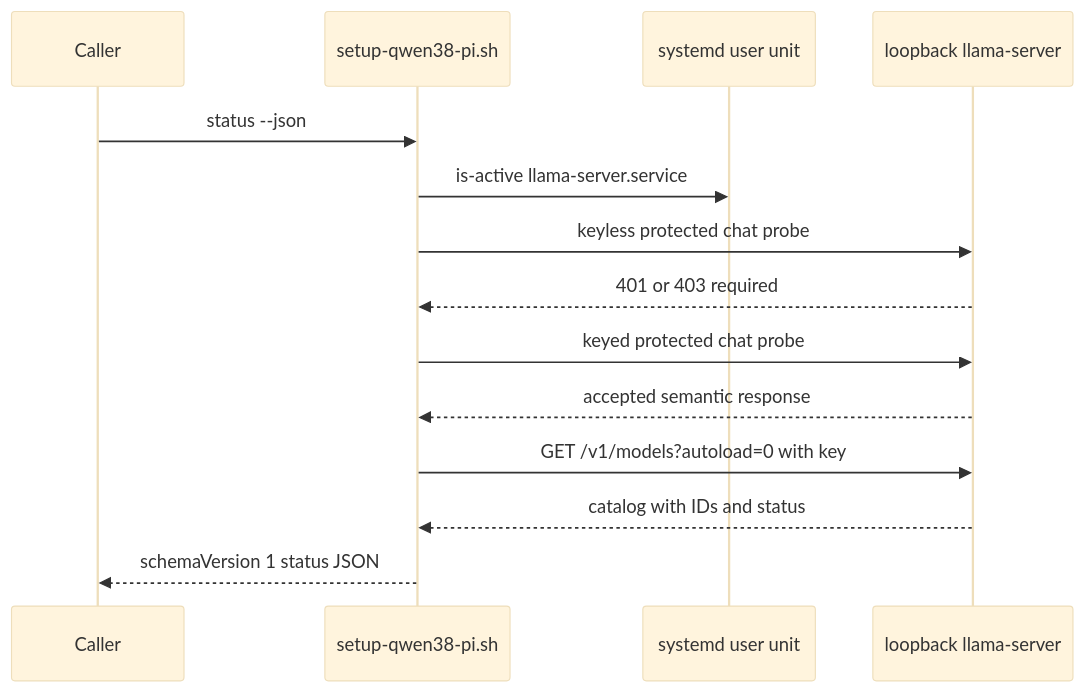
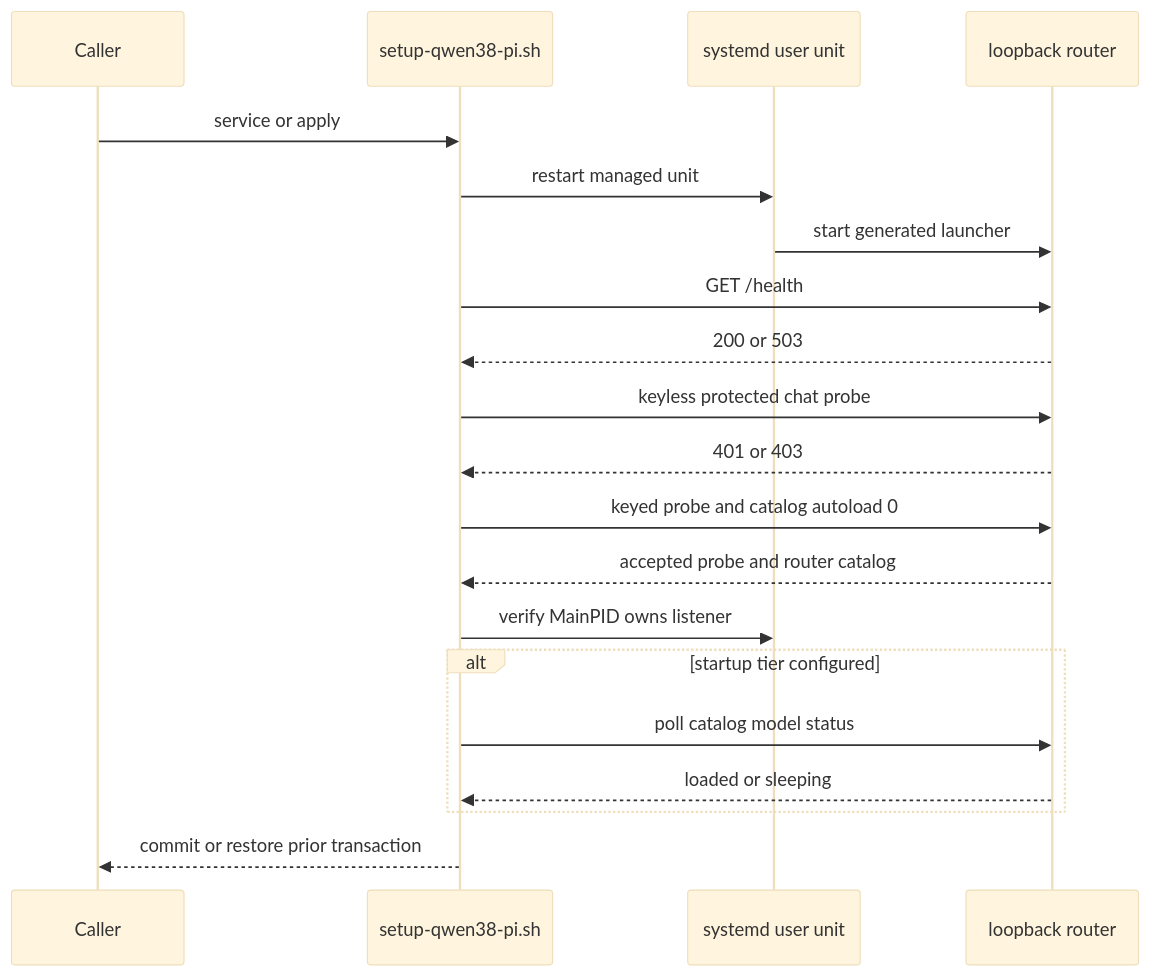
The first of 2 diagrams in openwiki/operations/router-health-and-performance.md (johnymontana/local-ai-setup), drawn with Mermaid (base theme) before and after one commit. The commit also changed other lines of this file and 23 other files, not shown here.

````diff
--- a/openwiki/operations/router-health-and-performance.md
+++ b/openwiki/operations/router-health-and-performance.md
@@ -52,16 +52,22 @@
 ```mermaid
 sequenceDiagram
   participant Caller
   participant Engine as setup-qwen38-pi.sh
   participant Unit as systemd user unit
-  participant Router as loopback llama-server
-  Caller->>Engine: status --json
-  Engine->>Unit: is-active llama-server.service
+  participant Router as loopback router
+  Caller->>Engine: service or apply
+  Engine->>Unit: restart managed unit
+  Unit->>Router: start generated launcher
+  Engine->>Router: GET /health
+  Router-->>Engine: 200 or 503
   Engine->>Router: keyless protected chat probe
-  Router-->>Engine: 401 or 403 required
-  Engine->>Router: keyed protected chat probe
-  Router-->>Engine: accepted semantic response
-  Engine->>Router: GET /v1/models?autoload=0 with key
-  Router-->>Engine: catalog with IDs and status
-  Engine-->>Caller: schemaVersion 1 status JSON
+  Router-->>Engine: 401 or 403
+  Engine->>Router: keyed probe and catalog autoload 0
+  Router-->>Engine: accepted probe and router catalog
+  Engine->>Unit: verify MainPID owns listener
+  alt startup tier configured
+    Engine->>Router: poll catalog model status
+    Router-->>Engine: loaded or sleeping
+  end
+  Engine-->>Caller: commit or restore prior transaction
 ```
````
